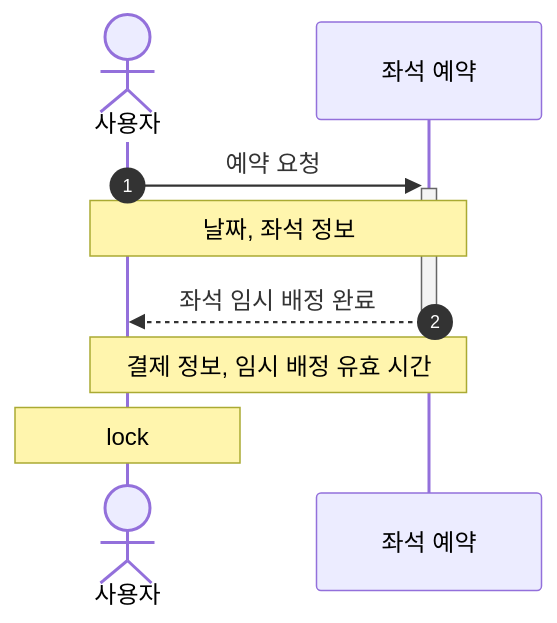
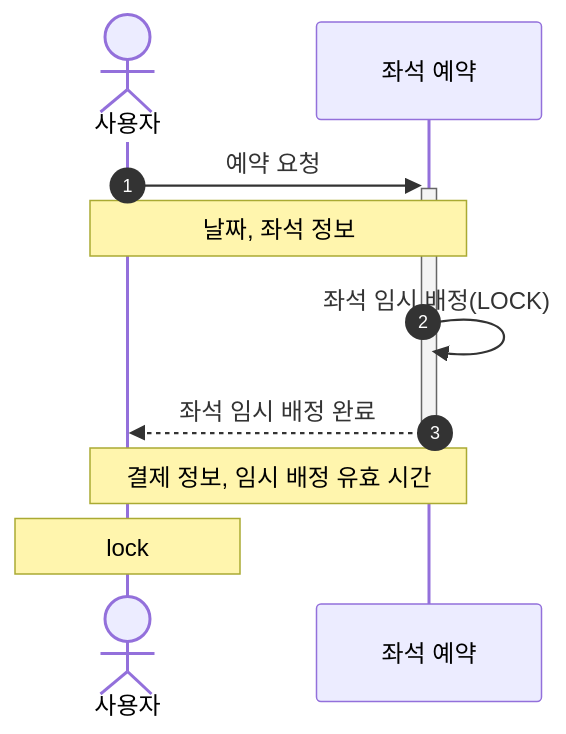
Before and after one commit to kdelay/Concert-Booking: the fifth of 6 diagrams in README.md, drawn with Mermaid. The commit also changed 1 other file, not shown here.

Commit message:
docs: sequence diagram 좌석 예약 API (LOCK  수정)

````diff
--- a/README.md
+++ b/README.md
@@ -110,10 +110,11 @@
 ```mermaid
 sequenceDiagram
     autonumber
     actor 사용자
     사용자 ->>+ 좌석 예약: 예약 요청
     Note over 사용자, 좌석 예약: 날짜, 좌석 정보
+    좌석 예약 ->> 좌석 예약: 좌석 임시 배정(LOCK)
     좌석 예약 -->>- 사용자: 좌석 임시 배정 완료
     Note over 사용자, 좌석 예약: 결제 정보, 임시 배정 유효 시간
     Note over 사용자: lock
 ```
````
